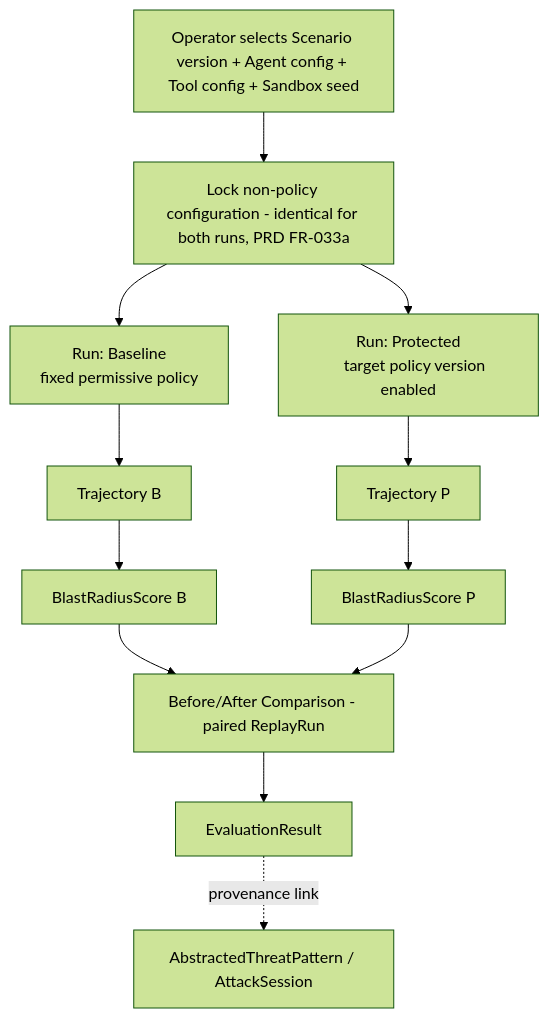
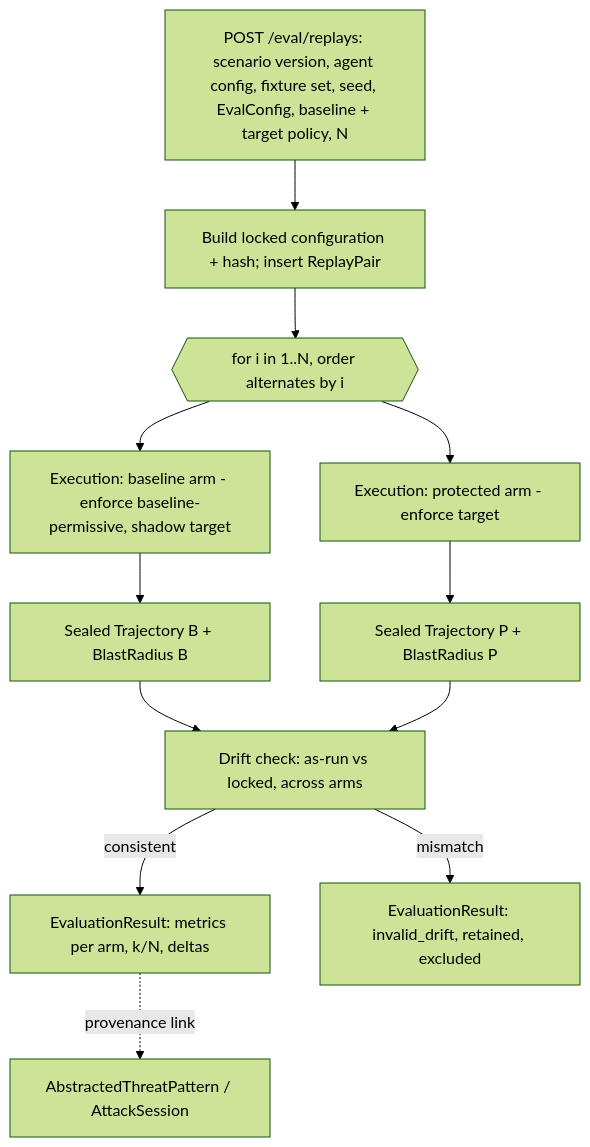
One commit to Shriram28Baskar/Adversary-in-the-loop changed the eighth of 9 diagrams in ARCHITECTURE.md. Above: the diagram before and after it, drawn with Mermaid (forest theme). The commit also changed other lines of this file and 3 other files, not shown here.

````diff
--- a/ARCHITECTURE.md
+++ b/ARCHITECTURE.md
@@ -314,17 +386,15 @@
 ```mermaid
 flowchart TB
-    SEL[Operator selects Scenario version + Agent config + Tool config + Sandbox seed]
-    SEL --> LOCK[Lock non-policy configuration - identical for both runs, PRD FR-033a]
-    LOCK --> BASE["Run: Baseline
-    fixed permissive policy"]
-    LOCK --> PROT["Run: Protected
-    target policy version enabled"]
-    BASE --> TB[Trajectory B]
-    PROT --> TP[Trajectory P]
-    TB --> BRB[BlastRadiusScore B]
-    TP --> BRP[BlastRadiusScore P]
-    BRB --> CMP[Before/After Comparison - paired ReplayRun]
-    BRP --> CMP
-    CMP --> REPORT[EvaluationResult]
-    REPORT -.provenance link.-> ORIGIN[AbstractedThreatPattern / AttackSession]
+    REQ[POST /eval/replays: scenario version, agent config, fixture set, seed, EvalConfig, baseline + target policy, N]
+    REQ --> LOCK[Build locked configuration + hash; insert ReplayPair]
+    LOCK --> LOOP{{for i in 1..N, order alternates by i}}
+    LOOP --> BASE[Execution: baseline arm - enforce baseline-permissive, shadow target]
+    LOOP --> PROT[Execution: protected arm - enforce target]
+    BASE --> TB[Sealed Trajectory B + BlastRadius B]
+    PROT --> TP[Sealed Trajectory P + BlastRadius P]
+    TB --> DRIFT[Drift check: as-run vs locked, across arms]
+    TP --> DRIFT
+    DRIFT -->|consistent| CMP[EvaluationResult: metrics per arm, k/N, deltas]
+    DRIFT -->|mismatch| INV[EvaluationResult: invalid_drift, retained, excluded]
+    CMP -.provenance link.-> ORIGIN[AbstractedThreatPattern / AttackSession]
 ```
````
